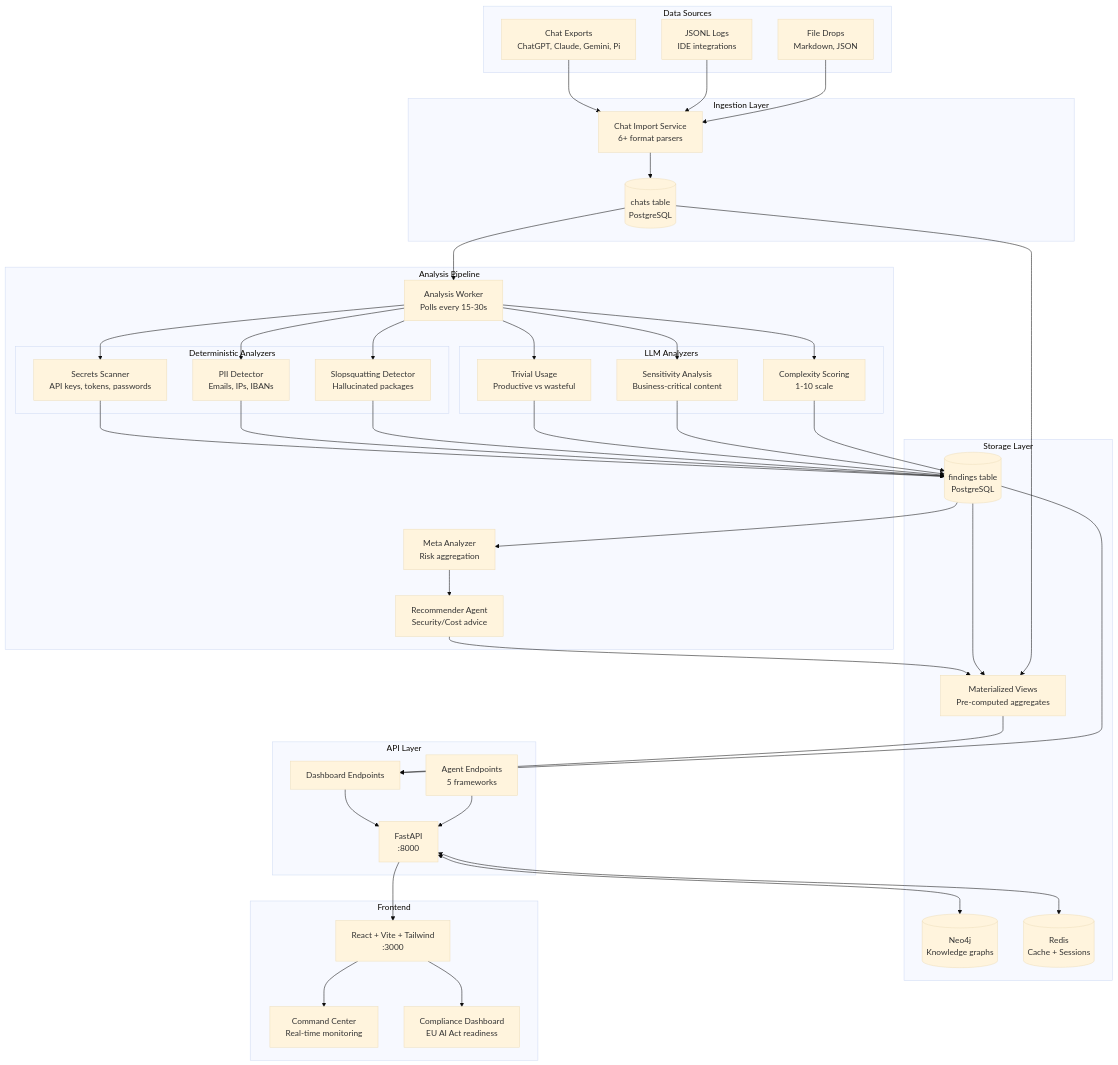
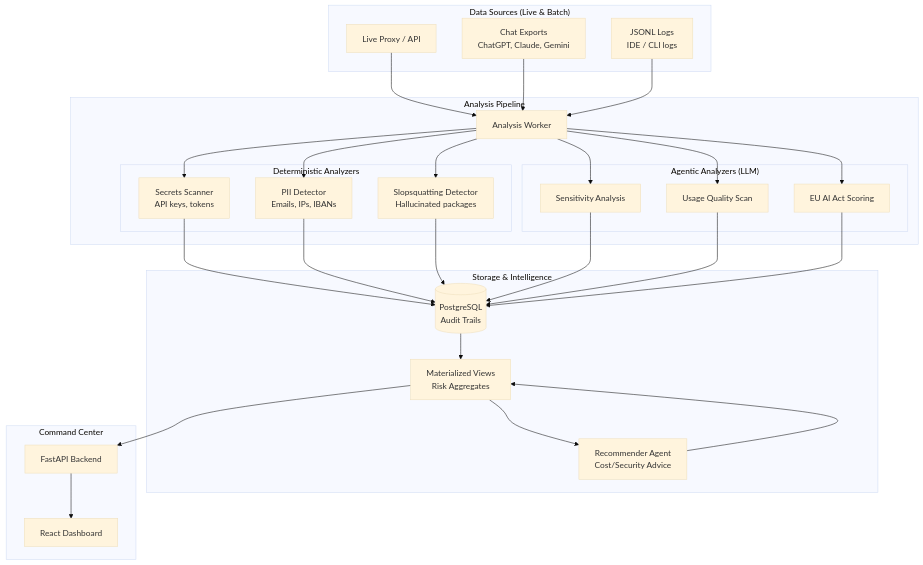
The diagram in README.md (annabeckers/q-hack-2026), drawn with Mermaid (base theme) before and after one commit. The commit also changed other lines of this file, not shown here.

````diff
--- a/README.md
+++ b/README.md
@@ -20,91 +48,52 @@
 ```mermaid
 flowchart TB
-    subgraph "Data Sources"
-        CHAT[Chat Exports<br/>ChatGPT, Claude, Gemini, Pi]
-        JSONL[JSONL Logs<br/>IDE integrations]
-        FILES[File Drops<br/>Markdown, JSON]
-    end
-
-    subgraph "Ingestion Layer"
-        IMPORT[Chat Import Service<br/>6+ format parsers]
-        CHATS[(chats table<br/>PostgreSQL)]
+    subgraph "Data Sources (Live & Batch)"
+        PROXY[Live Proxy / API]
+        CHAT[Chat Exports<br/>ChatGPT, Claude, Gemini]
+        JSONL[JSONL Logs<br/>IDE / CLI logs]
     end
 
     subgraph "Analysis Pipeline"
-        WORKER[Analysis Worker<br/>Polls every 15-30s]
+        WORKER[Analysis Worker]
         
         subgraph "Deterministic Analyzers"
-            SECRETS[Secrets Scanner<br/>API keys, tokens, passwords]
+            SECRETS[Secrets Scanner<br/>API keys, tokens]
             PII[PII Detector<br/>Emails, IPs, IBANs]
             SLOP[Slopsquatting Detector<br/>Hallucinated packages]
         end
         
-        subgraph "LLM Analyzers"
-            TRIVIAL[Trivial Usage<br/>Productive vs wasteful]
-            SENSITIVITY[Sensitivity Analysis<br/>Business-critical content]
-            COMPLEXITY[Complexity Scoring<br/>1-10 scale]
+        subgraph "Agentic Analyzers (LLM)"
+            SENSITIVITY[Sensitivity Analysis]
+            QUALITY[Usage Quality Scan]
+            COMPLIANCE[EU AI Act Scoring]
         end
-        
-        META[Meta Analyzer<br/>Risk aggregation]
-        REC[Recommender Agent<br/>Security/Cost advice]
     end
 
-    subgraph "Storage Layer"
-        FINDINGS[(findings table<br/>PostgreSQL)]
-        VIEWS[Materialized Views<br/>Pre-computed aggregates]
-        NEO4J[(Neo4j<br/>Knowledge graphs)]
-        REDIS[(Redis<br/>Cache + Sessions)]
+    subgraph "Storage & Intelligence"
+        PG[(PostgreSQL<br/>Audit Trails)]
+        VIEWS[Materialized Views<br/>Risk Aggregates]
+        REC[Recommender Agent<br/>Cost/Security Advice]
     end
 
-    subgraph "API Layer"
-        FASTAPI[FastAPI<br/>:8000]
-        DASHBOARD_API[Dashboard Endpoints]
-        AGENTS_API[Agent Endpoints<br/>5 frameworks]
+    subgraph "Command Center"
+        FASTAPI[FastAPI Backend]
+        REACT[React Dashboard]
     end
 
-    subgraph "Frontend"
-        REACT[React + Vite + Tailwind<br/>:3000]
-        DASHBOARD[Command Center<br/>Real-time monitoring]
-        COMPLIANCE[Compliance Dashboard<br/>EU AI Act readiness]
-    end
-
-    CHAT --> IMPORT
-    JSONL --> IMPORT
-    FILES --> IMPORT
-    IMPORT --> CHATS
+    PROXY --> WORKER
+    CHAT --> WORKER
+    JSONL --> WORKER
     
-    CHATS --> WORKER
-    WORKER --> SECRETS
-    WORKER --> PII
-    WORKER --> SLOP
-    WORKER --> TRIVIAL
-    WORKER --> SENSITIVITY
-    WORKER --> COMPLEXITY
+    WORKER --> SECRETS & PII & SLOP
+    WORKER --> SENSITIVITY & QUALITY & COMPLIANCE
     
-    SECRETS --> FINDINGS
-    PII --> FINDINGS
-    SLOP --> FINDINGS
-    TRIVIAL --> FINDINGS
-    SENSITIVITY --> FINDINGS
-    COMPLEXITY --> FINDINGS
+    SECRETS & PII & SLOP --> PG
+    SENSITIVITY & QUALITY & COMPLIANCE --> PG
     
-    FINDINGS --> META
-    META --> REC
+    PG --> VIEWS
+    VIEWS --> REC
     REC --> VIEWS
     
-    FINDINGS --> VIEWS
-    CHATS --> VIEWS
-    
-    VIEWS --> DASHBOARD_API
-    FINDINGS --> DASHBOARD_API
-    
-    DASHBOARD_API --> FASTAPI
-    AGENTS_API --> FASTAPI
-    
+    VIEWS --> FASTAPI
     FASTAPI --> REACT
-    REACT --> DASHBOARD
-    REACT --> COMPLIANCE
-    
-    FASTAPI <--> NEO4J
-    FASTAPI <--> REDIS
 ```
````
